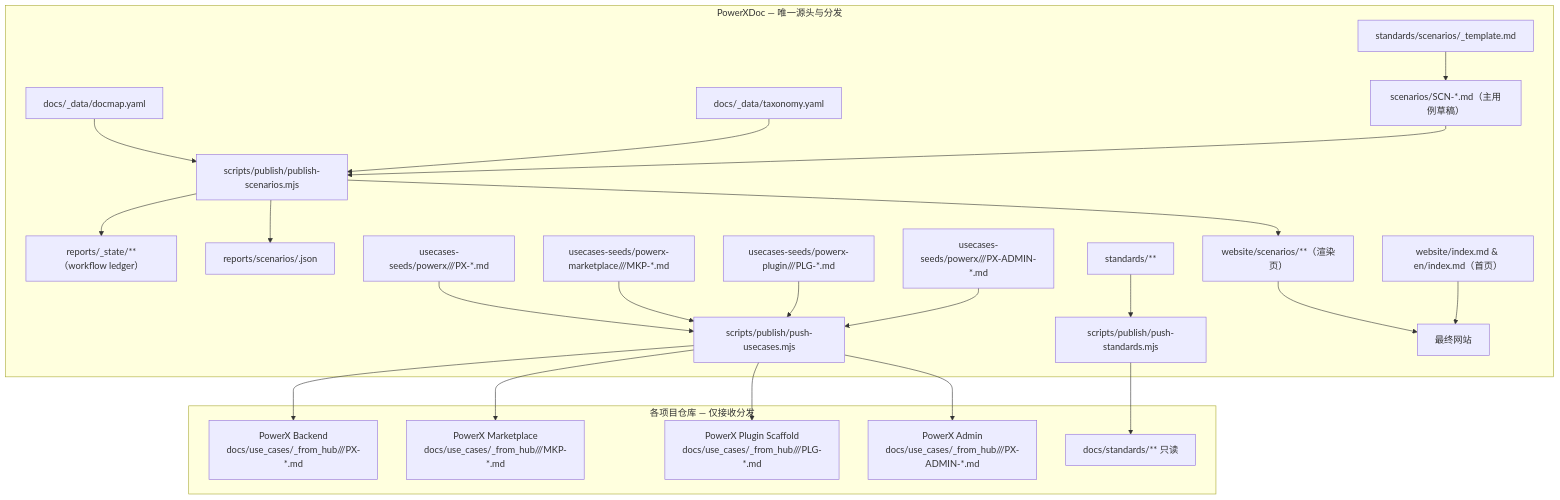
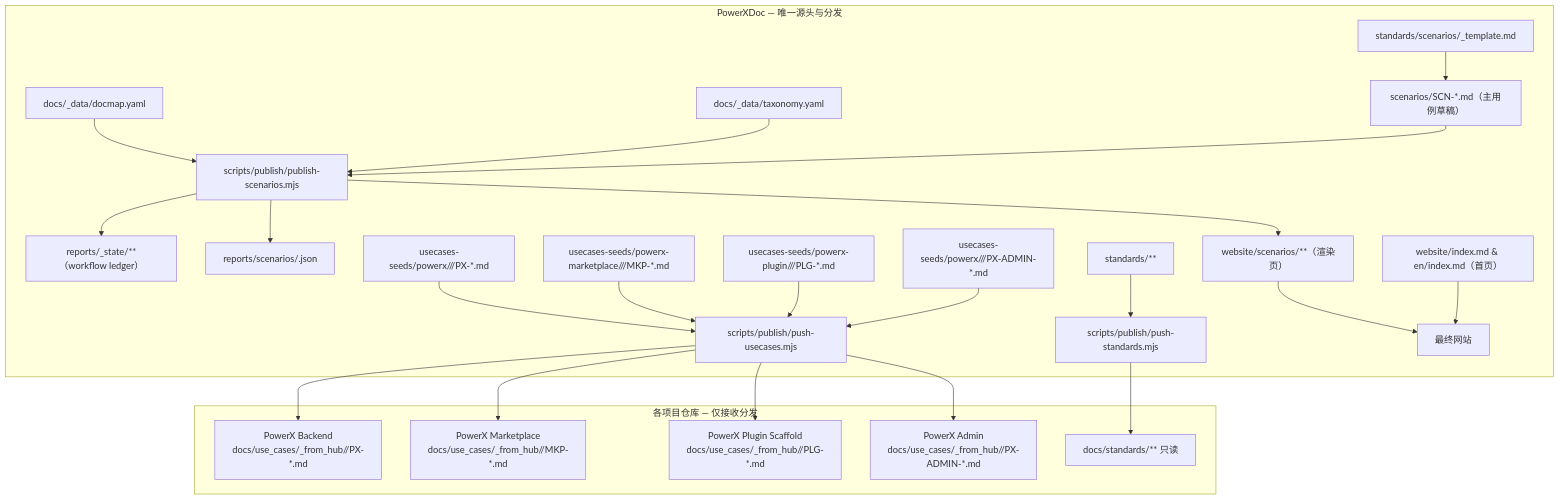
One commit to ArtisanCloud/PowerXDoc changed the second of 3 diagrams in docs/meta/cross-repo-documentation.md. Above: the diagram before and after it, drawn with Mermaid. The commit also changed other lines of this file and 44 other files, not shown here.

````diff
--- a/docs/meta/cross-repo-documentation.md
+++ b/docs/meta/cross-repo-documentation.md
@@ -177,41 +177,41 @@
 ```mermaid
 flowchart TD
   subgraph Center["PowerXDoc — 唯一源头与分发"]
     ST["standards/scenarios/_template.md"]
     SCN["scenarios/SCN-*.md（主用例草稿）"]
     DM["docs/_data/docmap.yaml"]
     TAX["docs/_data/taxonomy.yaml"]
     PS["scripts/publish/publish-scenarios.mjs"]
     WS["reports/_state/**（workflow ledger）"]
     REP["reports/scenarios/<workflowId>.json"]
     W1["website/scenarios/**（渲染页）"]
     U1["usecases-seeds/powerx/<layer>/<domain>/PX-*.md"]
     U2["usecases-seeds/powerx-marketplace/<layer>/<domain>/MKP-*.md"]
     U3["usecases-seeds/powerx-plugin/<layer>/<domain>/PLG-*.md"]
     U4["usecases-seeds/powerx/<layer>/<domain>/PX-ADMIN-*.md"]
     T1["standards/**"]
     P1["scripts/publish/push-usecases.mjs"]
     P2["scripts/publish/push-standards.mjs"]
     H1["website/index.md & en/index.md（首页）"]
     OUT["最终网站"]
   end
 
   subgraph Repos["各项目仓库 — 仅接收分发"]
-    R1["PowerX Backend<br/>docs/use_cases/_from_hub/<layer>/<domain>/PX-*.md"]
-    R2["PowerX Marketplace<br/>docs/use_cases/_from_hub/<layer>/<domain>/MKP-*.md"]
-    R3["PowerX Plugin Scaffold<br/>docs/use_cases/_from_hub/<layer>/<domain>/PLG-*.md"]
-    R4["PowerX Admin<br/>docs/use_cases/_from_hub/<layer>/<domain>/PX-ADMIN-*.md"]
+    R1["PowerX Backend<br/>docs/use_cases/_from_hub/<SCN_ID>/PX-*.md"]
+    R2["PowerX Marketplace<br/>docs/use_cases/_from_hub/<SCN_ID>/MKP-*.md"]
+    R3["PowerX Plugin Scaffold<br/>docs/use_cases/_from_hub/<SCN_ID>/PLG-*.md"]
+    R4["PowerX Admin<br/>docs/use_cases/_from_hub/<SCN_ID>/PX-ADMIN-*.md"]
     RS["docs/standards/** 只读"]
   end
 
   ST --> SCN
   DM --> PS
   TAX --> PS
   SCN --> PS
   PS --> W1 --> OUT
   PS --> REP
   PS --> WS
   U1 & U2 & U3 & U4 --> P1 --> R1 & R2 & R3 & R4
   T1 --> P2 --> RS
   H1 --> OUT
 ```
````
